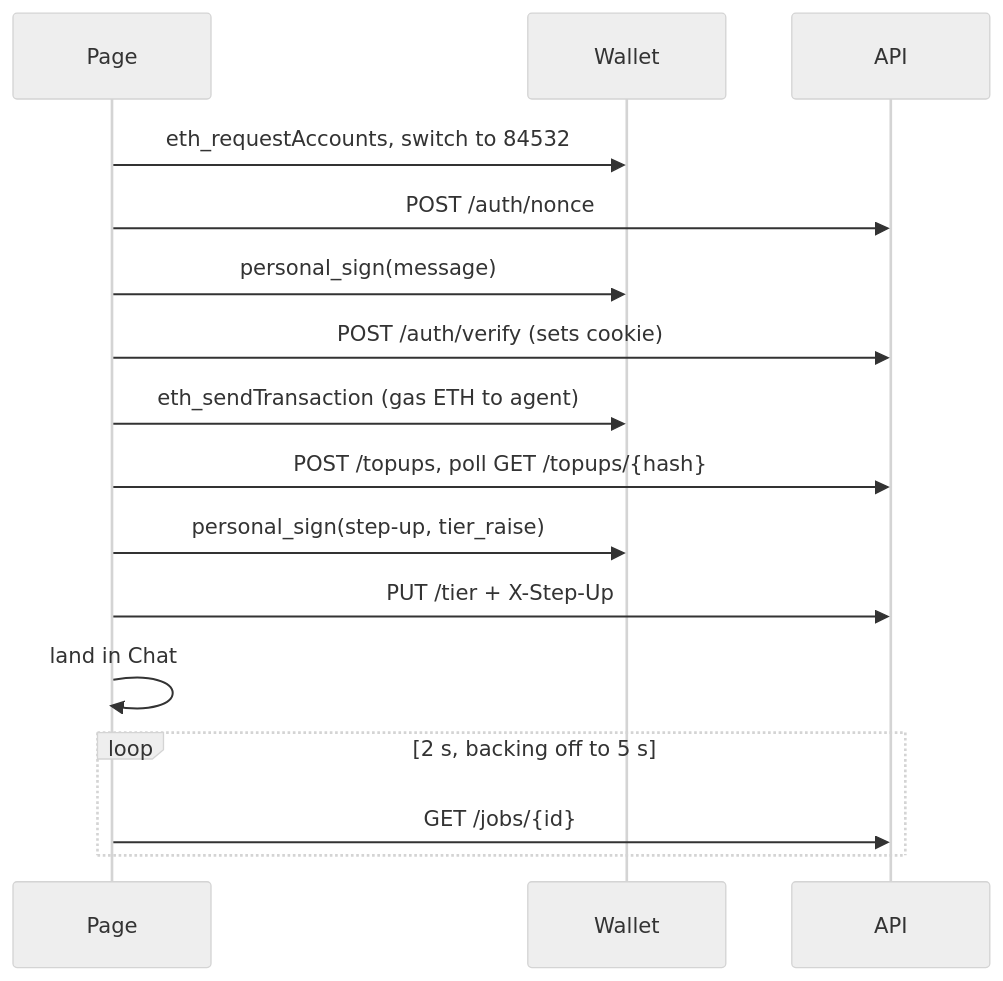
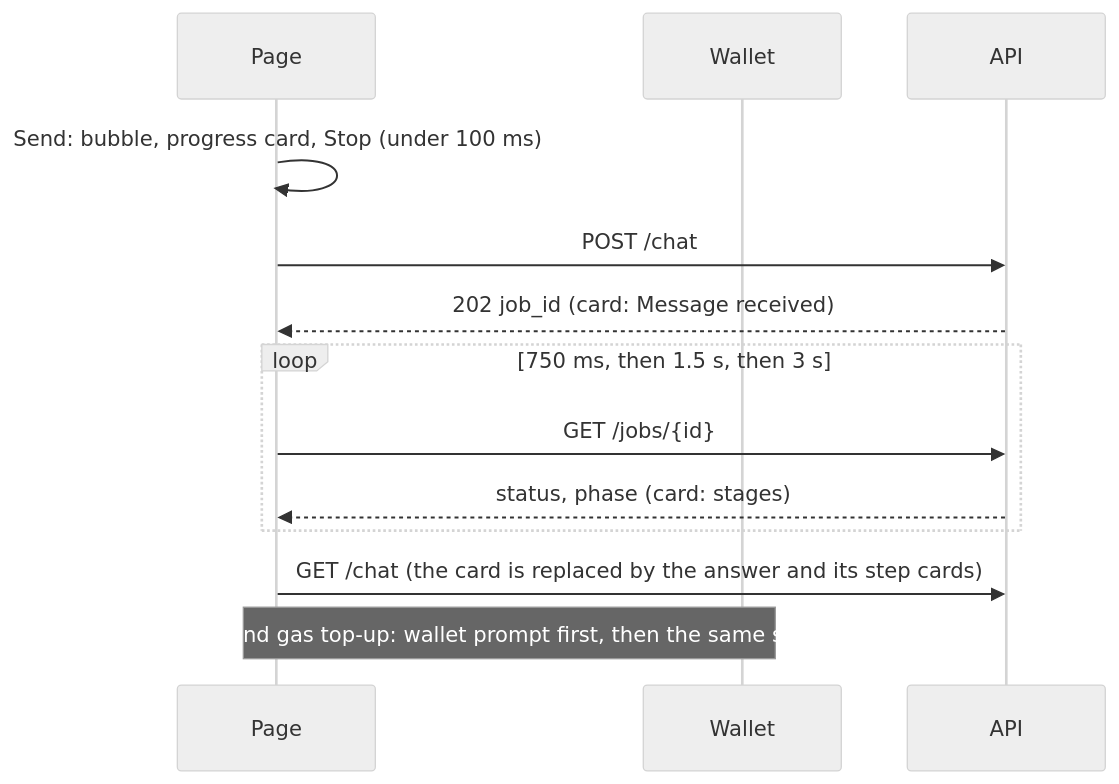
Before and after one commit to thaicuong576/agent-wallet: the second of 2 diagrams in docs/architecture/ui.md, drawn with Mermaid (neutral theme). The commit also changed other lines of this file and 143 other files, not shown here.

First line of the commit message:
feat(ui): UI v3 - Overview with holdings and icons, progress card, funds dialogs, rules extras (#157)

````diff
--- a/docs/architecture/ui.md
+++ b/docs/architecture/ui.md
@@ -72,18 +93,15 @@
 ```mermaid
 sequenceDiagram
   participant P as Page
   participant W as Wallet
   participant A as API
-  P->>W: eth_requestAccounts, switch to 84532
-  P->>A: POST /auth/nonce
-  P->>W: personal_sign(message)
-  P->>A: POST /auth/verify (sets cookie)
-  P->>W: eth_sendTransaction (gas ETH to agent)
-  P->>A: POST /topups, poll GET /topups/{hash}
-  P->>W: personal_sign(step-up, tier_raise)
-  P->>A: PUT /tier + X-Step-Up
-  P->>P: land in Chat
-  loop 2 s, backing off to 5 s
+  P->>P: Send: bubble, progress card, Stop (under 100 ms)
+  P->>A: POST /chat
+  A-->>P: 202 job_id (card: Message received)
+  loop 750 ms, then 1.5 s, then 3 s
     P->>A: GET /jobs/{id}
+    A-->>P: status, phase (card: stages)
   end
+  P->>A: GET /chat (the card is replaced by the answer and its step cards)
+  Note over P,W: Withdraw and gas top-up: wallet prompt first, then the same staged card
 ```
````
